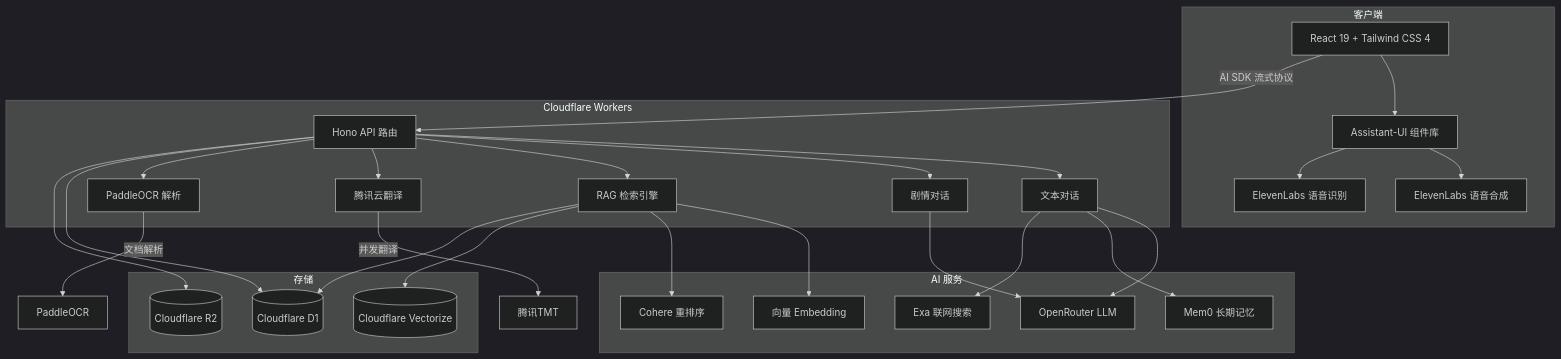
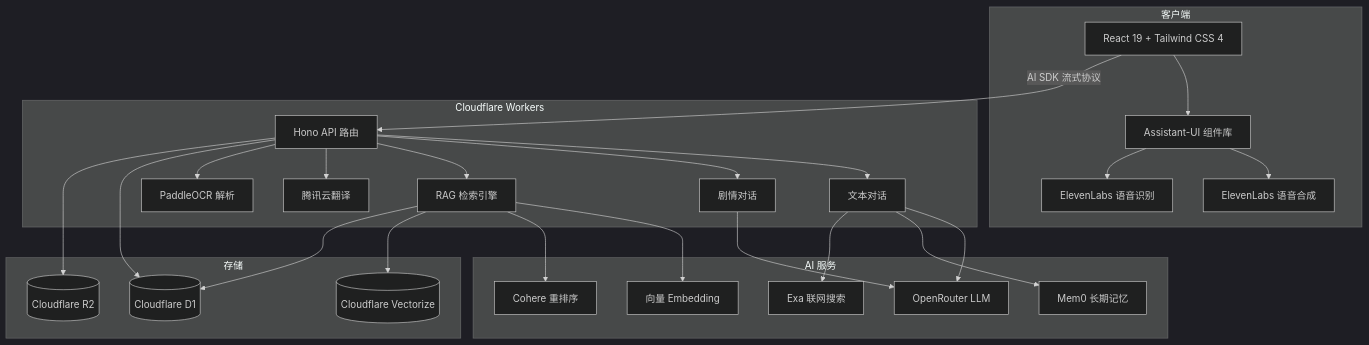
The diagram in README.zh-CN.md (BingoWon/study-dojo), drawn with Mermaid (dark theme) before and after one commit. The commit also changed other lines of this file and 1 other file, not shown here.

````diff
--- a/README.zh-CN.md
+++ b/README.zh-CN.md
@@ -86,54 +73,52 @@
 ```mermaid
 graph TB
     subgraph 客户端
         UI[React 19 + Tailwind CSS 4]
         AUI[Assistant-UI 组件库]
         TTS[ElevenLabs 语音合成]
         STT[ElevenLabs 语音识别]
         UI --> AUI
         AUI --> TTS
         AUI --> STT
     end
 
     subgraph Cloudflare Workers
         API[Hono API 路由]
         CHAT[文本对话]
         DIAL[剧情对话]
         RAG[RAG 检索引擎]
         TRANS[腾讯云翻译]
         OCR[PaddleOCR 解析]
         API --> CHAT
         API --> DIAL
         API --> RAG
         API --> TRANS
         API --> OCR
     end
 
     subgraph AI 服务
         LLM[OpenRouter LLM]
         EMB[向量 Embedding]
         RERANK[Cohere 重排序]
         MEM[Mem0 长期记忆]
         EXA[Exa 联网搜索]
     end
 
     subgraph 存储
         D1[(Cloudflare D1)]
         R2[(Cloudflare R2)]
         VEC[(Cloudflare Vectorize)]
     end
 
     UI -->|AI SDK 流式协议| API
     CHAT --> LLM
     DIAL --> LLM
     RAG --> EMB
     RAG --> RERANK
     RAG --> VEC
     CHAT --> MEM
     CHAT --> EXA
-    TRANS -->|并发翻译| 腾讯TMT
-    OCR -->|文档解析| PaddleOCR
     API --> D1
     API --> R2
     RAG --> D1
 ```
````
